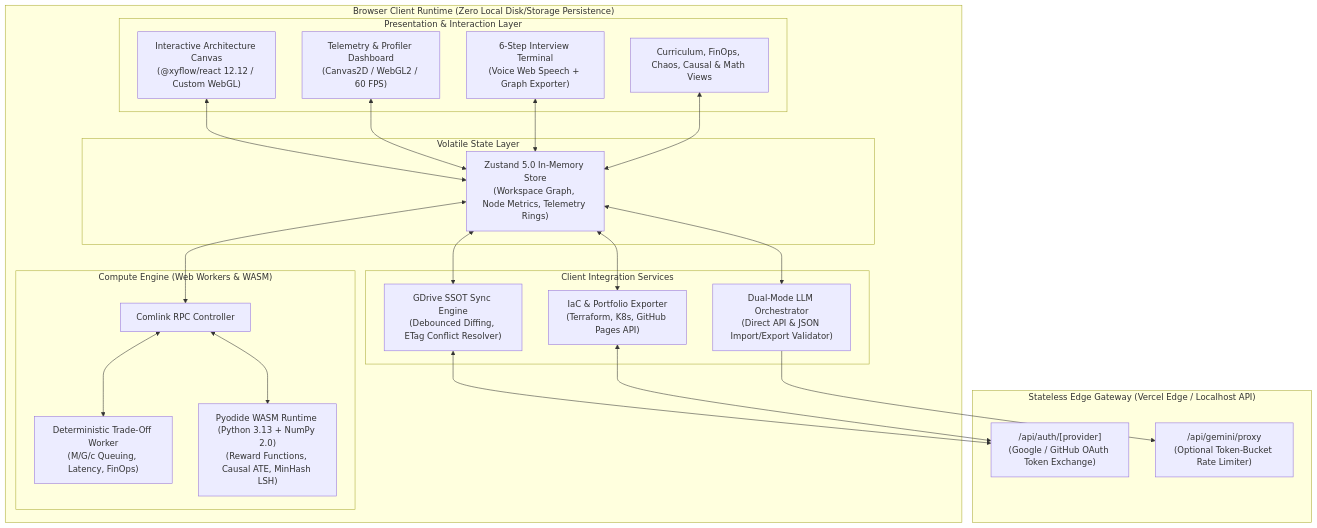
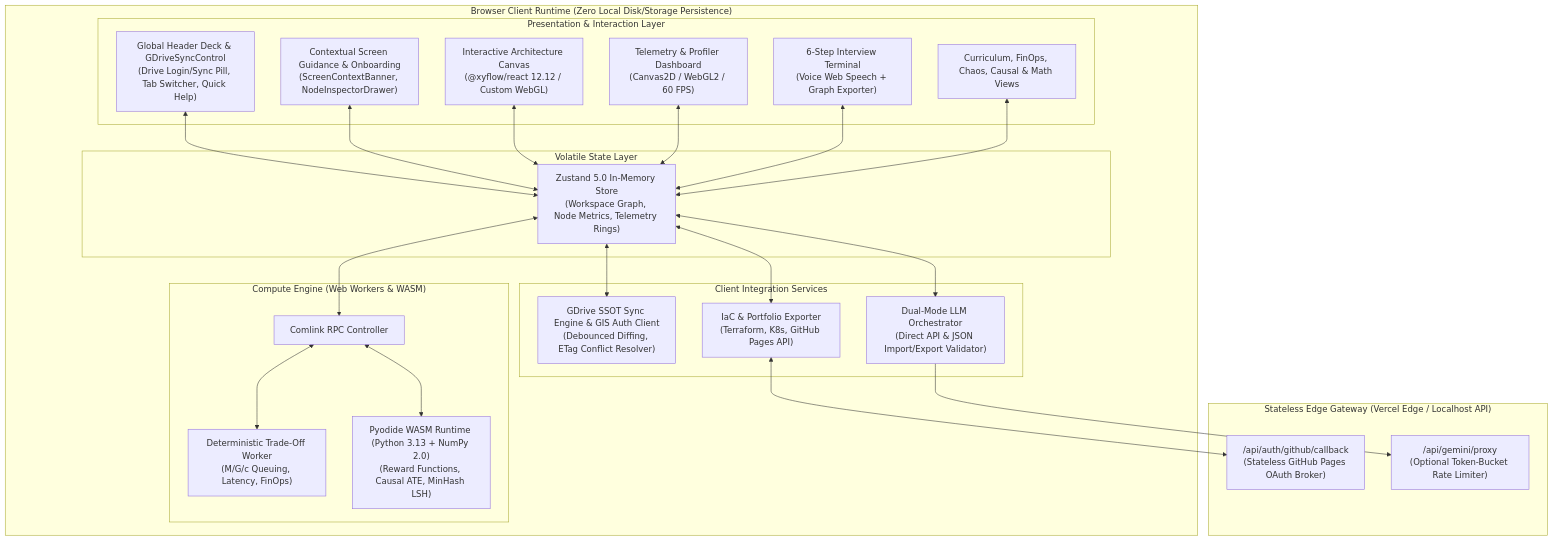
The second of 6 diagrams in documentation/design/detailed/00_overview_and_architecture.md (Strider221B/ml-sys-design), drawn with Mermaid before and after one commit. The commit also changed other lines of this file and 7 other files, not shown here.

````diff
--- a/documentation/design/detailed/00_overview_and_architecture.md
+++ b/documentation/design/detailed/00_overview_and_architecture.md
@@ -84,49 +84,52 @@
 ```mermaid
 graph TB
     subgraph Browser_Runtime["Browser Client Runtime (Zero Local Disk/Storage Persistence)"]
         subgraph UI_Presentation["Presentation & Interaction Layer"]
+            HeaderDeck["Global Header Deck & GDriveSyncControl\n(Drive Login/Sync Pill, Tab Switcher, Quick Help)"]
+            GuidanceBanners["Contextual Screen Guidance & Onboarding\n(ScreenContextBanner, NodeInspectorDrawer)"]
             CanvasUI["Interactive Architecture Canvas\n(@xyflow/react 12.12 / Custom WebGL)"]
             TelemetryUI["Telemetry & Profiler Dashboard\n(Canvas2D / WebGL2 / 60 FPS)"]
             InterviewUI["6-Step Interview Terminal\n(Voice Web Speech + Graph Exporter)"]
             ModuleViews["Curriculum, FinOps, Chaos, Causal & Math Views"]
         end
 
         subgraph In_Memory_Store["Volatile State Layer"]
             RAMStore["Zustand 5.0 In-Memory Store\n(Workspace Graph, Node Metrics, Telemetry Rings)"]
         end
 
         subgraph Worker_Pool["Compute Engine (Web Workers & WASM)"]
             WorkerRPC["Comlink RPC Controller"]
             SimWorker["Deterministic Trade-Off Worker\n(M/G/c Queuing, Latency, FinOps)"]
             PyodideWorker["Pyodide WASM Runtime (Python 3.13 + NumPy 2.0)\n(Reward Functions, Causal ATE, MinHash LSH)"]
         end
 
         subgraph Client_Services["Client Integration Services"]
-            GDriveSync["GDrive SSOT Sync Engine\n(Debounced Diffing, ETag Conflict Resolver)"]
+            GDriveSync["GDrive SSOT Sync Engine & GIS Auth Client\n(Debounced Diffing, ETag Conflict Resolver)"]
             LLMOrch["Dual-Mode LLM Orchestrator\n(Direct API & JSON Import/Export Validator)"]
             ExportService["IaC & Portfolio Exporter\n(Terraform, K8s, GitHub Pages API)"]
         end
     end
 
     subgraph Serverless_Edge_Layer["Stateless Edge Gateway (Vercel Edge / Localhost API)"]
-        AuthRoutes["/api/auth/[provider]\n(Google / GitHub OAuth Token Exchange)"]
+        AuthRoutes["/api/auth/github/callback\n(Stateless GitHub Pages OAuth Broker)"]
         RateProxy["/api/gemini/proxy\n(Optional Token-Bucket Rate Limiter)"]
     end
 
+    HeaderDeck <--> RAMStore
+    GuidanceBanners <--> RAMStore
     CanvasUI <--> RAMStore
     TelemetryUI <--> RAMStore
     InterviewUI <--> RAMStore
     ModuleViews <--> RAMStore
 
     RAMStore <--> WorkerRPC
     WorkerRPC <--> SimWorker
     WorkerRPC <--> PyodideWorker
 
     RAMStore <--> GDriveSync
     RAMStore <--> LLMOrch
     RAMStore <--> ExportService
 
-    GDriveSync <--> AuthRoutes
     ExportService <--> AuthRoutes
     LLMOrch --> RateProxy
 ```
````
